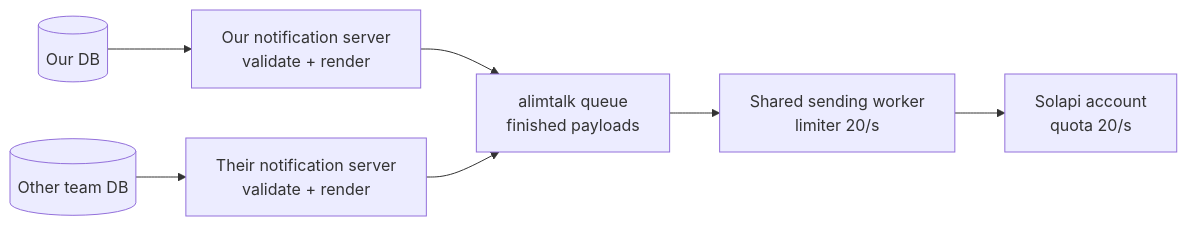
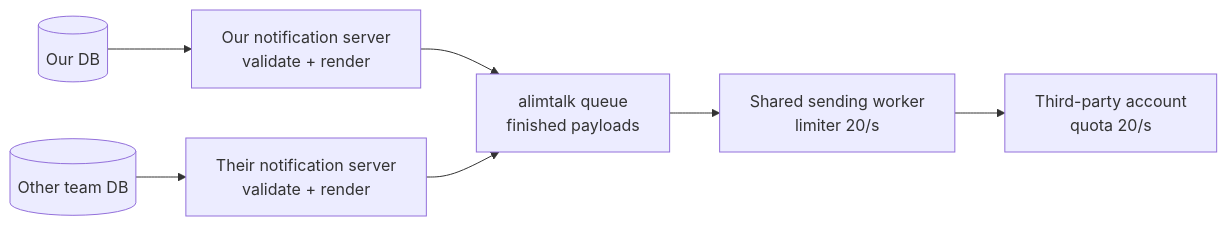
The second of 2 diagrams in src/content/blog/en/21.md (pythonstrup/myvelop), drawn with Mermaid before and after one commit. The commit also changed other lines of this file and 10 other files, not shown here.

```diff
--- a/src/content/blog/en/21.md
+++ b/src/content/blog/en/21.md
@@ -131,11 +131,11 @@
 <pre class="mermaid">
 flowchart LR
     accTitle: Per-team notification servers with a shared sending worker
     accDescr: Each team has its own notification server reading its own database, and the finished payloads they produce converge on one alimtalk queue. Only the shared sending worker calls the external API.
     DB1[("Our DB")] --> N1["Our notification server<br/>validate + render"]
     DB2[("Other team DB")] --> N2["Their notification server<br/>validate + render"]
     N1 --> Q["alimtalk queue<br/>finished payloads"]
     N2 --> Q
     Q --> W["Shared sending worker<br/>limiter 20/s"]
-    W --> API["Solapi account<br/>quota 20/s"]
+    W --> API["Third-party account<br/>quota 20/s"]
 </pre>
```
